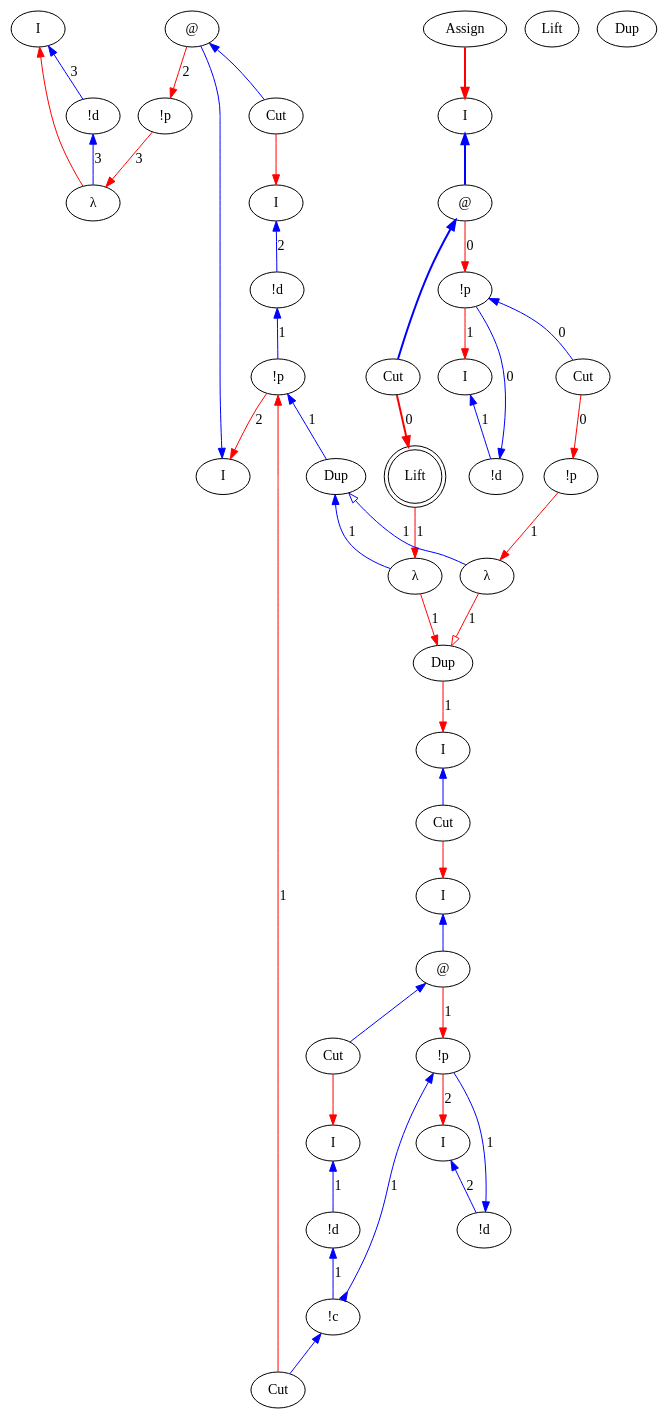
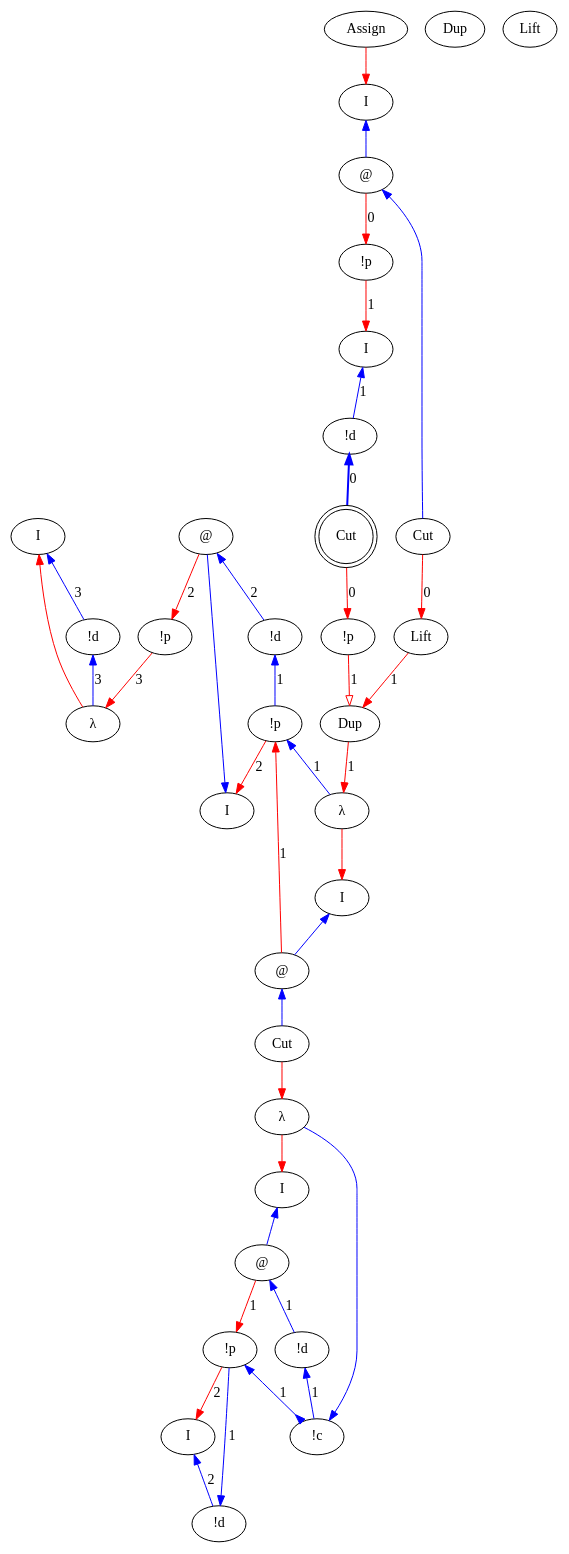
The diagram in src/core/graphs/example_m_8_l.dot (Mathnerd314/stroscot), drawn with Graphviz before and after one commit. The commit also changed 88 other files, not shown here.

```diff
--- a/src/core/graphs/example_m_8_l.dot
+++ b/src/core/graphs/example_m_8_l.dot
@@ -1,84 +1,73 @@
 digraph {
 rankdir="TB"
 "I0" [label="I"]
 "!d1" [label="!d"]
 "λ2" [label="λ"]
 "!p3" [label="!p"]
 "I4" [label="I"]
 "@5" [label="@"]
-"I6" [label="I"]
-"!d7" [label="!d"]
-"Cut8" [label="Cut"]
-"!p9" [label="!p"]
+"!d6" [label="!d"]
+"!p7" [label="!p"]
+"I8" [label="I"]
+"@9" [label="@"]
 "I10" [label="I"]
-"I11" [label="I"]
-"!d12" [label="!d"]
-"!p13" [label="!p"]
-"I14" [label="I"]
-"@15" [label="@"]
-"I16" [label="I"]
-"!d17" [label="!d"]
+"!d11" [label="!d"]
+"!p12" [label="!p"]
+"I13" [label="I"]
+"@14" [label="@"]
+"!d15" [label="!d"]
+"!c16" [label="!c"]
+"λ17" [label="λ"]
 "Cut18" [label="Cut"]
-"!c19" [label="!c"]
+"λ19" [label="λ"]
 "I20" [label="I"]
 "!d21" [label="!d"]
-"!p22" [label="!p"]
-"I23" [label="I"]
-"@24" [label="@"]
-"Assign25" [label="Assign"]
-"Cut26" [label="Cut"]
+"I22" [label="I"]
+"@23" [label="@"]
+"Assign24" [label="Assign"]
+"Dup25" [label="Dup"]
+"Dup26" [label="Dup"]
 "Cut27" [label="Cut"]
-"!p28" [label="!p"]
-"Cut29" [label="Cut"]
-"Cut30" [label="Cut"]
-"Lift31" [label="Lift"]
-"Lift32" [label="Lift",shape=doublecircle]
-"λ33" [label="λ"]
-"λ34" [label="λ"]
-"Dup35" [label="Dup"]
-"Dup36" [label="Dup"]
-"Dup37" [label="Dup"]
-"Dup36" -> "λ33"[color=blue,weight=1,tooltip="h101",label="1",arrowtail=normal,arrowhead=none,dir=both]
-"Dup36" -> "λ34"[color=blue,weight=1,tooltip="h105",label="1",arrowtail=onormal,arrowhead=none,dir=both]
-"!p9" -> "Dup36"[color=blue,weight=1,tooltip="h34",label="1",arrowtail=normal,arrowhead=none,dir=both]
-"!d7" -> "!p9"[color=blue,weight=1,tooltip="hf65",label="1",arrowtail=normal,arrowhead=none,dir=both]
-"I6" -> "!d7"[color=blue,weight=1,tooltip="hret73",label="2",arrowtail=normal,arrowhead=none,dir=both]
+"Lift28" [label="Lift"]
+"Lift29" [label="Lift"]
+"!p30" [label="!p"]
+"Cut31" [label="Cut",shape=doublecircle]
+"!p32" [label="!p"]
+"!p7" -> "λ19"[color=blue,weight=1,tooltip="h34",label="1",arrowtail=normal,arrowhead=none,dir=both]
+"!d6" -> "!p7"[color=blue,weight=1,tooltip="hf65",label="1",arrowtail=normal,arrowhead=none,dir=both]
 "!d1" -> "λ2"[color=blue,weight=1,tooltip="i81",label="3",arrowtail=normal,arrowhead=none,dir=both]
 "I0" -> "!d1"[color=blue,weight=1,tooltip="iret84",label="3",arrowtail=normal,arrowhead=none,dir=both]
-"I23" -> "@24"[color=blue,weight=1,tooltip="lret19",arrowtail=normal,arrowhead=none,penwidth=2,dir=both]
-"I14" -> "@15"[color=blue,weight=1,tooltip="lret53",arrowtail=normal,arrowhead=none,dir=both]
-"I10" -> "Cut27"[color=blue,weight=1,tooltip="lret62",arrowtail=normal,arrowhead=none,dir=both]
+"I22" -> "@23"[color=blue,weight=1,tooltip="lret19",arrowtail=normal,arrowhead=none,dir=both]
+"I13" -> "@14"[color=blue,weight=1,tooltip="lret53",arrowtail=normal,arrowhead=none,dir=both]
+"I8" -> "@9"[color=blue,weight=1,tooltip="lret62",arrowtail=normal,arrowhead=none,dir=both]
 "I4" -> "@5"[color=blue,weight=1,tooltip="lret75",arrowtail=normal,arrowhead=none,dir=both]
-"@24" -> "Cut30"[color=blue,weight=1,tooltip="lval14",arrowtail=normal,arrowhead=none,penwidth=2,dir=both]
-"@15" -> "Cut18"[color=blue,weight=1,tooltip="lval48",arrowtail=normal,arrowhead=none,dir=both]
-"@5" -> "Cut8"[color=blue,weight=1,tooltip="lval70",arrowtail=normal,arrowhead=none,dir=both]
-"@24" -> "!p22"[color=red,weight=2,tooltip="newrret18",label="0",arrowhead=normal,arrowtail=none,dir=both]
-"@15" -> "!p13"[color=red,weight=2,tooltip="newrret52",label="1",arrowhead=normal,arrowtail=none,dir=both]
-"Cut26" -> "!p9"[color=red,weight=2,tooltip="newrret61",label="1",arrowhead=normal,arrowtail=none,dir=both]
+"@23" -> "Cut27"[color=blue,weight=1,tooltip="lval14",arrowtail=normal,arrowhead=none,dir=both]
+"@9" -> "Cut18"[color=blue,weight=1,tooltip="lval38",arrowtail=normal,arrowhead=none,dir=both]
+"@14" -> "!d15"[color=blue,weight=1,tooltip="lval48",label="1",arrowtail=normal,arrowhead=none,dir=both]
+"@5" -> "!d6"[color=blue,weight=1,tooltip="lval70",label="2",arrowtail=normal,arrowhead=none,dir=both]
+"@23" -> "!p32"[color=red,weight=2,tooltip="newrret18",label="0",arrowhead=normal,arrowtail=none,dir=both]
+"@14" -> "!p12"[color=red,weight=2,tooltip="newrret52",label="1",arrowhead=normal,arrowtail=none,dir=both]
+"@9" -> "!p7"[color=red,weight=2,tooltip="newrret61",label="1",arrowhead=normal,arrowtail=none,dir=both]
 "@5" -> "!p3"[color=red,weight=2,tooltip="newrret74",label="2",arrowhead=normal,arrowtail=none,dir=both]
-"Cut29" -> "!p28"[color=red,weight=2,tooltip="newrret94",label="0",arrowhead=normal,arrowtail=none,dir=both]
-"!p22" -> "I20"[color=red,weight=2,tooltip="newrretf23",label="1",arrowhead=normal,arrowtail=none,dir=both]
-"!p13" -> "I11"[color=red,weight=2,tooltip="newrretf57",label="2",arrowhead=normal,arrowtail=none,dir=both]
-"!p9" -> "I4"[color=red,weight=2,tooltip="newrretf66",label="2",arrowhead=normal,arrowtail=none,dir=both]
+"Cut31" -> "!p30"[color=red,weight=2,tooltip="newrret93",label="0",arrowhead=normal,arrowtail=none,dir=both]
+"!p32" -> "I20"[color=red,weight=2,tooltip="newrretf23",label="1",arrowhead=normal,arrowtail=none,dir=both]
+"Dup26" -> "λ19"[color=red,weight=2,tooltip="newrretf31",label="1",arrowhead=normal,arrowtail=none,dir=both]
+"!p12" -> "I10"[color=red,weight=2,tooltip="newrretf57",label="2",arrowhead=normal,arrowtail=none,dir=both]
+"!p7" -> "I4"[color=red,weight=2,tooltip="newrretf66",label="2",arrowhead=normal,arrowtail=none,dir=both]
 "!p3" -> "λ2"[color=red,weight=2,tooltip="newrretf78",label="3",arrowhead=normal,arrowtail=none,dir=both]
-"Lift32" -> "λ33"[color=red,weight=2,tooltip="newrretf88",label="1",arrowhead=normal,arrowtail=none,dir=both]
-"!p28" -> "λ34"[color=red,weight=2,tooltip="newrretf92",label="1",arrowhead=normal,arrowtail=none,dir=both]
-"λ33" -> "Dup37"[color=red,weight=2,tooltip="ret102",label="1",arrowhead=normal,arrowtail=none,dir=both]
-"λ34" -> "Dup37"[color=red,weight=2,tooltip="ret106",label="1",arrowhead=onormal,arrowtail=none,dir=both]
-"Dup37" -> "I10"[color=red,weight=2,tooltip="ret35",label="1",arrowhead=normal,arrowtail=none,dir=both]
-"Cut27" -> "I14"[color=red,weight=2,tooltip="ret42",arrowhead=normal,arrowtail=none,dir=both]
-"Assign25" -> "I23"[color=red,weight=2,tooltip="ret8",arrowhead=normal,arrowtail=none,penwidth=2,dir=both]
+"Lift29" -> "Dup26"[color=red,weight=2,tooltip="newrretf87",label="1",arrowhead=normal,arrowtail=none,dir=both]
+"!p30" -> "Dup26"[color=red,weight=2,tooltip="newrretf91",label="1",arrowhead=onormal,arrowtail=none,dir=both]
+"λ19" -> "I8"[color=red,weight=2,tooltip="ret35",arrowhead=normal,arrowtail=none,dir=both]
+"λ17" -> "I13"[color=red,weight=2,tooltip="ret42",arrowhead=normal,arrowtail=none,dir=both]
+"Assign24" -> "I22"[color=red,weight=2,tooltip="ret8",arrowhead=normal,arrowtail=none,dir=both]
 "λ2" -> "I0"[color=red,weight=2,tooltip="ret82",arrowhead=normal,arrowtail=none,dir=both]
-"Cut18" -> "I16"[color=red,weight=2,tooltip="rval49",arrowhead=normal,arrowtail=none,dir=both]
-"Cut8" -> "I6"[color=red,weight=2,tooltip="rval71",arrowhead=normal,arrowtail=none,dir=both]
-"Cut30" -> "Lift32"[color=red,weight=2,tooltip="seqDM97",label="0",arrowhead=normal,arrowtail=none,penwidth=2,dir=both]
-"!p22" -> "Cut29"[color=blue,weight=1,tooltip="xB10",label="0",arrowtail=normal,arrowhead=none,dir=both]
-"!d21" -> "!p22"[color=blue,weight=1,tooltip="xBf22",label="0",arrowtail=normal,arrowhead=none,dir=both]
+"Cut18" -> "λ17"[color=red,weight=2,tooltip="rval39",arrowhead=normal,arrowtail=none,dir=both]
+"Cut27" -> "Lift29"[color=red,weight=2,tooltip="seqDM96",label="0",arrowhead=normal,arrowtail=none,dir=both]
+"!d21" -> "Cut31"[color=blue,weight=1,tooltip="xBf22",label="0",arrowtail=normal,arrowhead=none,penwidth=2,dir=both]
 "I20" -> "!d21"[color=blue,weight=1,tooltip="xret26",label="1",arrowtail=normal,arrowhead=none,dir=both]
-"!c19" -> "Cut26"[color=blue,weight=1,tooltip="y41",arrowtail=normal,arrowhead=none,dir=both]
-"!d17" -> "!c19"[color=blue,weight=1,tooltip="yA43",label="1",arrowtail=normal,arrowhead=none,dir=both]
-"!p13" -> "!c19"[color=blue,weight=1,tooltip="yB44",label="1",arrowtail=normal,arrowhead=inv,dir=both]
-"!d12" -> "!p13"[color=blue,weight=1,tooltip="yBf56",label="1",arrowtail=normal,arrowhead=none,dir=both]
-"I16" -> "!d17"[color=blue,weight=1,tooltip="yret51",label="1",arrowtail=normal,arrowhead=none,dir=both]
-"I11" -> "!d12"[color=blue,weight=1,tooltip="yret60",label="2",arrowtail=normal,arrowhead=none,dir=both]
+"!c16" -> "λ17"[color=blue,weight=1,tooltip="y41",arrowtail=normal,arrowhead=none,dir=both]
+"!d15" -> "!c16"[color=blue,weight=1,tooltip="yA43",label="1",arrowtail=normal,arrowhead=none,dir=both]
+"!p12" -> "!c16"[color=blue,weight=1,tooltip="yB44",label="1",arrowtail=normal,arrowhead=inv,dir=both]
+"!d11" -> "!p12"[color=blue,weight=1,tooltip="yBf56",label="1",arrowtail=normal,arrowhead=none,dir=both]
+"I10" -> "!d11"[color=blue,weight=1,tooltip="yret60",label="2",arrowtail=normal,arrowhead=none,dir=both]
 }
```
